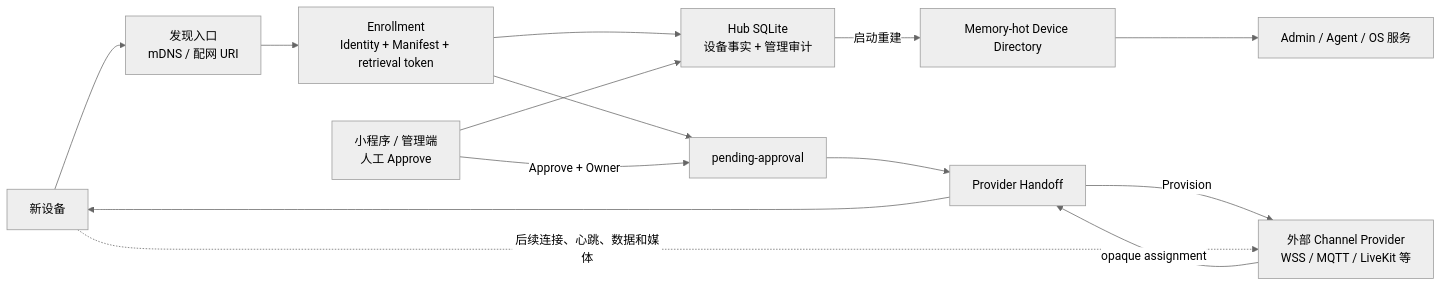
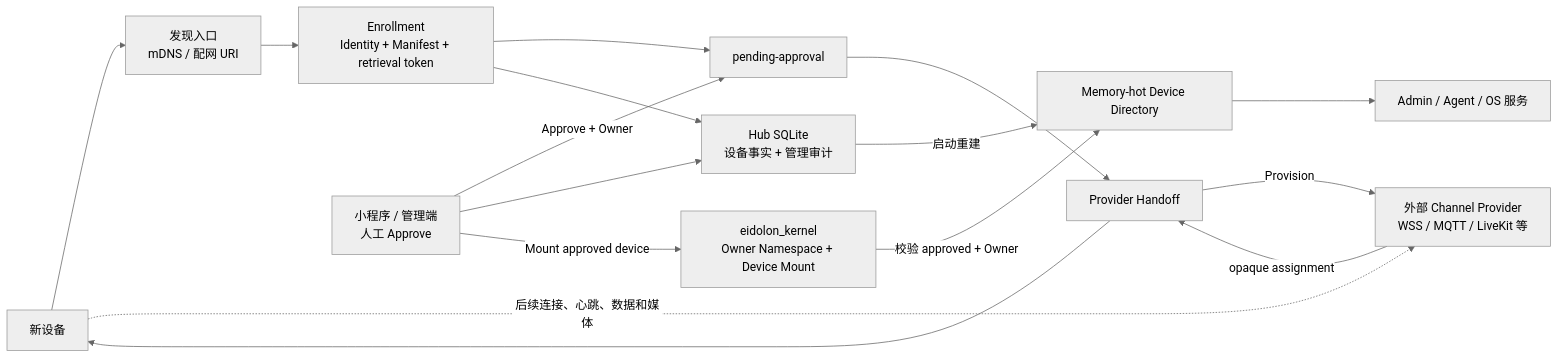
The first of 3 diagrams in README.md (eidolon-os/eidolon_hub), drawn with Mermaid (neutral theme) before and after one commit. The commit also changed other lines of this file and 45 other files, not shown here.

````diff
--- a/README.md
+++ b/README.md
@@ -7,23 +7,26 @@
 ```mermaid
 flowchart LR
     Device["新设备"]
     Intro["发现入口<br/>mDNS / 配网 URI"]
     Enroll["Enrollment<br/>Identity + Manifest + retrieval token"]
     Pending["pending-approval"]
     App["小程序 / 管理端<br/>人工 Approve"]
     Handoff["Provider Handoff"]
     Provider["外部 Channel Provider<br/>WSS / MQTT / LiveKit 等"]
     Directory["Memory-hot Device Directory"]
     SQLite["Hub SQLite<br/>设备事实 + 管理审计"]
+    Kernel["eidolon_kernel<br/>Owner Namespace + Device Mount"]
     OS["Admin / Agent / OS 服务"]
 
     Device --> Intro --> Enroll --> Pending
     App -->|"Approve + Owner"| Pending
     Pending --> Handoff
     Handoff -->|"Provision"| Provider
     Provider -->|"opaque assignment"| Handoff --> Device
     Device -. "后续连接、心跳、数据和媒体" .-> Provider
     Enroll --> SQLite
     App --> SQLite
+    App -->|"Mount approved device"| Kernel
+    Kernel -->|"校验 approved + Owner"| Directory
     SQLite -->|"启动重建"| Directory --> OS
 ```
````
